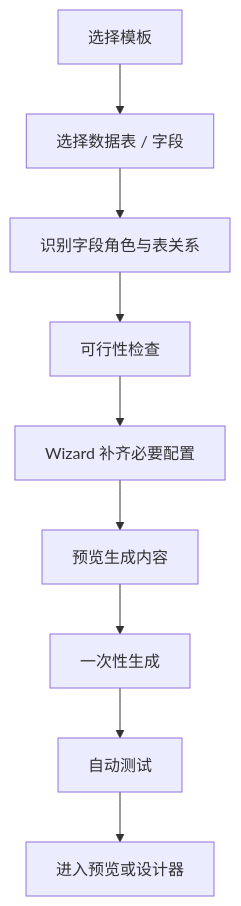
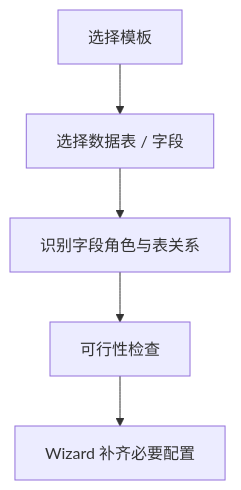
One commit to xns1997/FormFlow-Studio changed the first of 5 diagrams in docs/template-operation-center-plan.md. Above: the diagram before and after it, drawn with Mermaid. The commit also changed other lines of this file and 36 other files, not shown here.

First line of the commit message:
docs: 补齐文档平台流程图并修正内容

````diff
--- a/docs/template-operation-center-plan.md
+++ b/docs/template-operation-center-plan.md
@@ -49,11 +49,7 @@
 ```mermaid
 flowchart TD
   A["选择模板"] --> B["选择数据表 / 字段"]
   B --> C["识别字段角色与表关系"]
   C --> D["可行性检查"]
   D --> E["Wizard 补齐必要配置"]
-  E --> F["预览生成内容"]
-  F --> G["一次性生成"]
-  G --> H["自动测试"]
-  H --> I["进入预览或设计器"]
 ```
````
